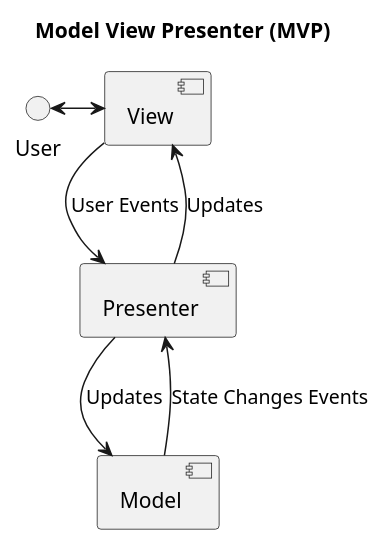
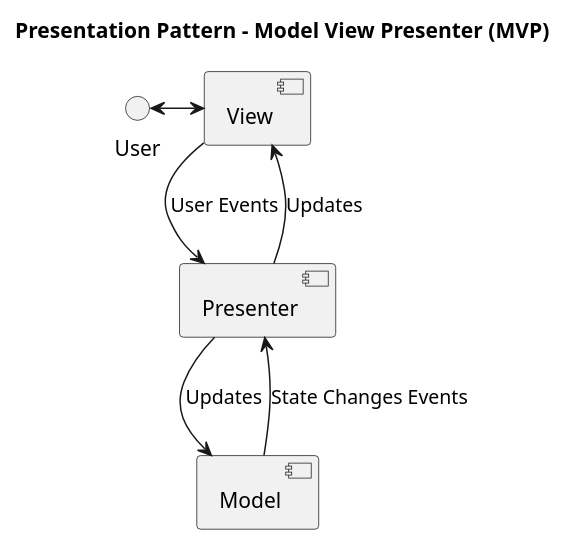
The second of 3 diagrams in ArchitecturePatterns/PresentationPatterns.md (mwwhited-notes/shared), drawn with PlantUML before and after one commit. The commit also changed other lines of this file and 7 other files, not shown here.

Commit message:
update architectural patterns and add creational patterns

````diff
--- a/ArchitecturePatterns/PresentationPatterns.md
+++ b/ArchitecturePatterns/PresentationPatterns.md
@@ -24,17 +24,17 @@
 ```plantuml
-title: Model View Presenter (MVP)
+title: Presentation Pattern - Model View Presenter (MVP)
 () User
 
 [View]
 [Presenter]
 [Model]
 
 User <-> View
 
 View --> Presenter : User Events
 Presenter --> View : Updates
 
 Presenter --> Model : Updates
 Model --> Presenter : State Changes Events
 
 ```
````
